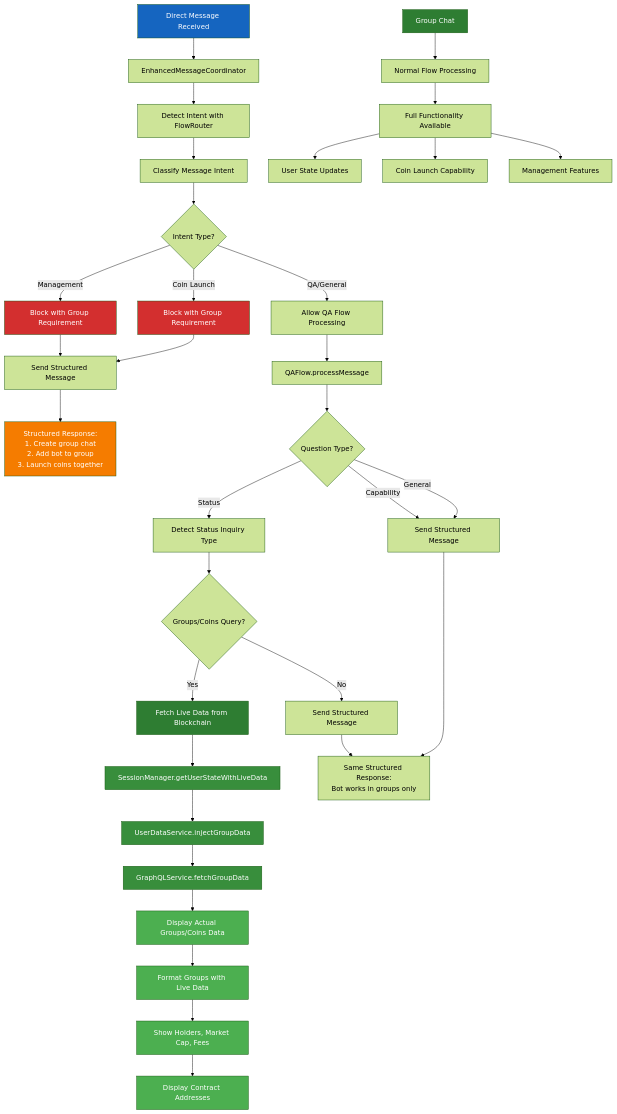
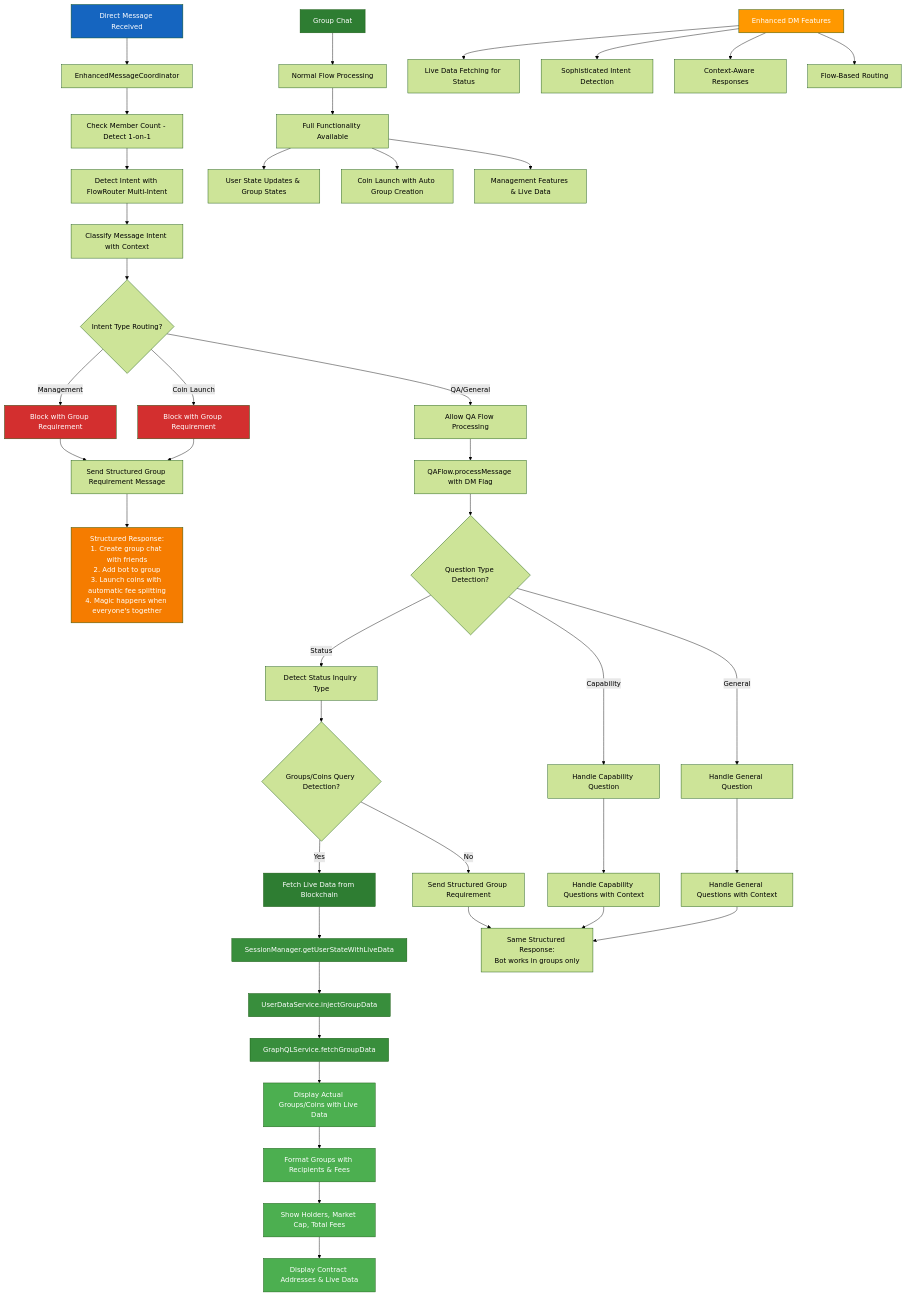
One commit to flayerlabs/xmtp-flaunchy changed the eighth of 13 diagrams in SYSTEM_ARCHITECTURE.md. Above: the diagram before and after it, drawn with Mermaid (forest theme). The commit also changed other lines of this file and 3 other files, not shown here.

Commit message:
fix: make the bot to only respond to tags & replies to bot messages, allow active user to tag a previously sent image to use for flaunch

````diff
--- a/SYSTEM_ARCHITECTURE.md
+++ b/SYSTEM_ARCHITECTURE.md
@@ -511,58 +574,69 @@
 ```mermaid
 graph TD
     A[Direct Message Received] --> B[EnhancedMessageCoordinator]
-    B --> C[Detect Intent with FlowRouter]
-    C --> D[Classify Message Intent]
+    B --> C[Check Member Count - Detect 1-on-1]
+    C --> D[Detect Intent with FlowRouter Multi-Intent]
+    D --> E[Classify Message Intent with Context]
 
-    D --> E{Intent Type?}
-    E -->|Management| F[Block with Group Requirement]
-    E -->|Coin Launch| G[Block with Group Requirement]
-    E -->|QA/General| H[Allow QA Flow Processing]
+    E --> F{Intent Type Routing?}
+    F -->|Management| G[Block with Group Requirement]
+    F -->|Coin Launch| H[Block with Group Requirement]
+    F -->|QA/General| I[Allow QA Flow Processing]
 
-    F --> I[Send Structured Message]
-    G --> I
-    H --> J[QAFlow.processMessage]
+    G --> J[Send Structured Group Requirement Message]
+    H --> J
+    I --> K[QAFlow.processMessage with DM Flag]
 
-    I --> K[Structured Response:<br/>1. Create group chat<br/>2. Add bot to group<br/>3. Launch coins together]
+    J --> L[Structured Response:<br/>1. Create group chat with friends<br/>2. Add bot to group<br/>3. Launch coins with automatic fee splitting<br/>4. Magic happens when everyone's together]
 
-    J --> L{Question Type?}
-    L -->|Status| M[Detect Status Inquiry Type]
-    L -->|Capability| N[Send Structured Message]
-    L -->|General| N
+    K --> M{Question Type Detection?}
+    M -->|Status| N[Detect Status Inquiry Type]
+    M -->|Capability| O[Handle Capability Question]
+    M -->|General| P[Handle General Question]
 
-    M --> O{Groups/Coins Query?}
-    O -->|Yes| P[Fetch Live Data from Blockchain]
-    O -->|No| Q[Send Structured Message]
+    N --> Q{Groups/Coins Query Detection?}
+    Q -->|Yes| R[Fetch Live Data from Blockchain]
+    Q -->|No| S[Send Structured Group Requirement]
 
-    P --> R[SessionManager.getUserStateWithLiveData]
-    R --> S[UserDataService.injectGroupData]
-    S --> T[GraphQLService.fetchGroupData]
-    T --> U[Display Actual Groups/Coins Data]
+    R --> T[SessionManager.getUserStateWithLiveData]
+    T --> U[UserDataService.injectGroupData]
+    U --> V[GraphQLService.fetchGroupData]
+    V --> W[Display Actual Groups/Coins with Live Data]
 
-    U --> V[Format Groups with Live Data]
-    V --> W[Show Holders, Market Cap, Fees]
-    W --> X[Display Contract Addresses]
+    W --> X[Format Groups with Recipients & Fees]
+    X --> Y[Show Holders, Market Cap, Total Fees]
+    Y --> Z[Display Contract Addresses & Live Data]
 
-    N --> Y[Same Structured Response:<br/>Bot works in groups only]
-    Q --> Y
+    O --> AA[Handle Capability Questions with Context]
+    P --> BB[Handle General Questions with Context]
+    S --> CC[Same Structured Response:<br/>Bot works in groups only]
 
-    Z[Group Chat] --> AA[Normal Flow Processing]
-    AA --> BB[Full Functionality Available]
-    BB --> CC[User State Updates]
-    BB --> DD[Coin Launch Capability]
-    BB --> EE[Management Features]
+    AA --> CC
+    BB --> CC
+
+    DD[Group Chat] --> EE[Normal Flow Processing]
+    EE --> FF[Full Functionality Available]
+    FF --> GG[User State Updates & Group States]
+    FF --> HH[Coin Launch with Auto Group Creation]
+    FF --> II[Management Features & Live Data]
+
+    JJ[Enhanced DM Features] --> KK[Live Data Fetching for Status]
+    JJ --> LL[Sophisticated Intent Detection]
+    JJ --> MM[Context-Aware Responses]
+    JJ --> NN[Flow-Based Routing]
 
     style A fill:#1565C0,color:#ffffff
-    style F fill:#D32F2F,color:#ffffff
     style G fill:#D32F2F,color:#ffffff
-    style K fill:#F57C00,color:#ffffff
-    style P fill:#2E7D32,color:#ffffff
-    style R fill:#388E3C,color:#ffffff
-    style S fill:#388E3C,color:#ffffff
+    style H fill:#D32F2F,color:#ffffff
+    style L fill:#F57C00,color:#ffffff
+    style R fill:#2E7D32,color:#ffffff
     style T fill:#388E3C,color:#ffffff
-    style U fill:#4CAF50,color:#ffffff
-    style V fill:#4CAF50,color:#ffffff
+    style U fill:#388E3C,color:#ffffff
+    style V fill:#388E3C,color:#ffffff
     style W fill:#4CAF50,color:#ffffff
     style X fill:#4CAF50,color:#ffffff
-    style Z fill:#2E7D32,color:#ffffff
+    style Y fill:#4CAF50,color:#ffffff
+    style Z fill:#4CAF50,color:#ffffff
+    style DD fill:#2E7D32,color:#ffffff
+    style JJ fill:#FF9800,color:#ffffff
 ```
````
